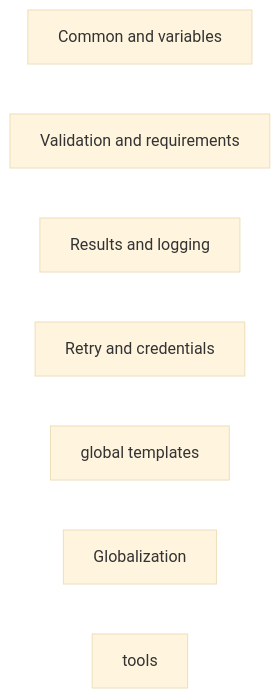
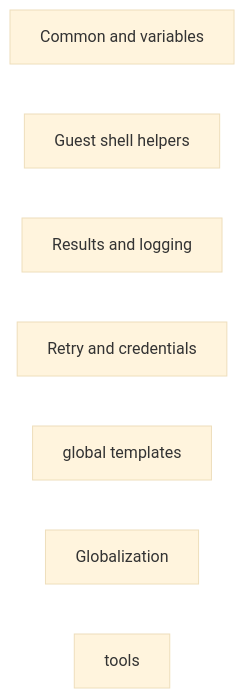
Before and after one commit to alissonsol/yuruna: the sixth of 7 diagrams in docs/design/02-component-breakdown.md, drawn with Mermaid (base theme). The commit also changed other lines of this file and 1409 other files, not shown here.

````diff
--- a/docs/design/02-component-breakdown.md
+++ b/docs/design/02-component-breakdown.md
@@ -234,10 +276,10 @@
 ```mermaid
 flowchart LR
     yuruna-common-psm1["Common and variables"]
-    yuruna-validation-psm1["Validation and requirements"]
+    fetch-and-execute-sh["Guest shell helpers"]
     yuruna-result-psm1["Results and logging"]
     yuruna-retry-psm1["Retry and credentials"]
     global["global templates"]
     globalization["Globalization"]
     tools["tools"]
 ```
````
